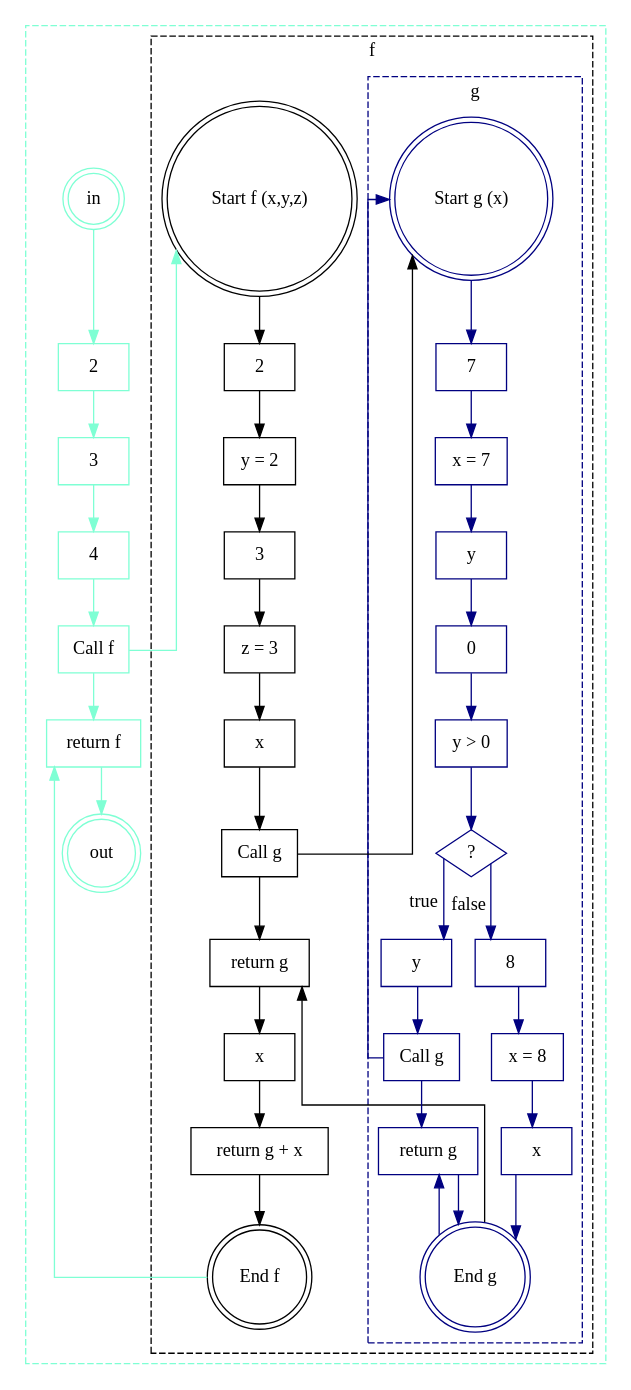
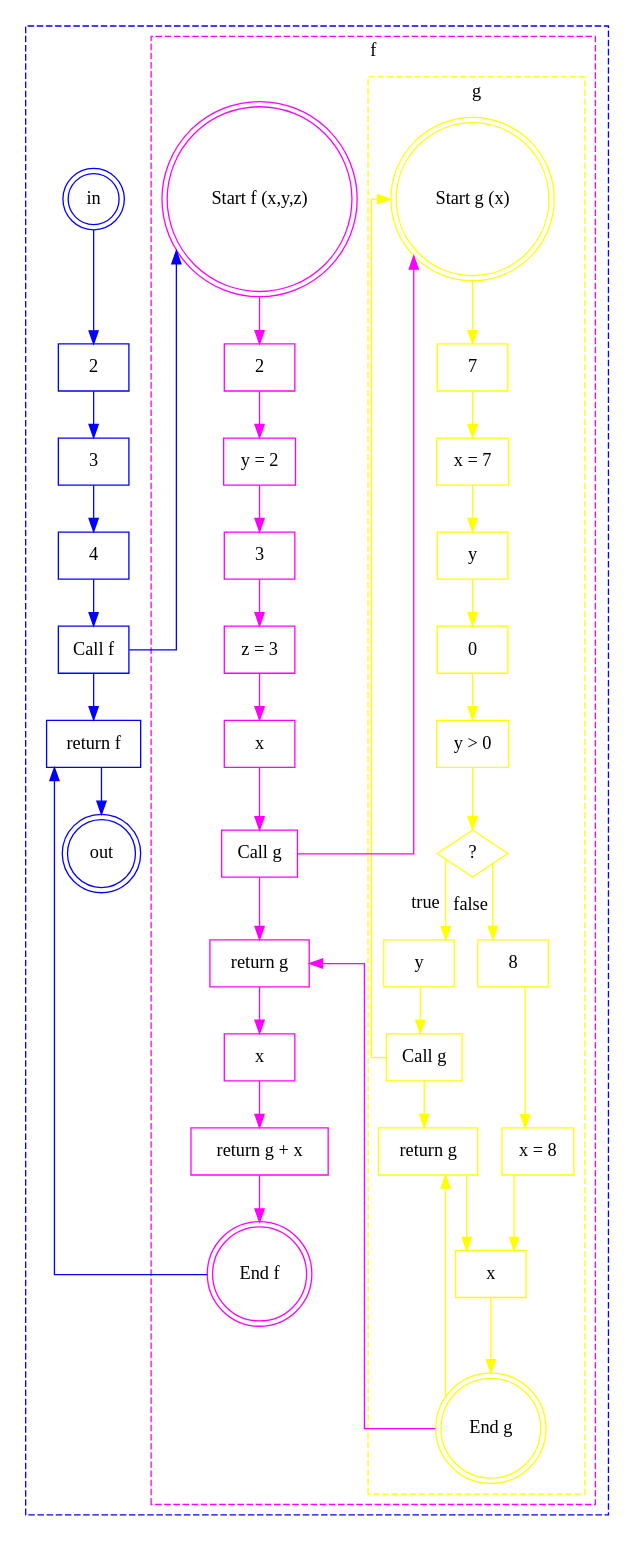
Before and after one commit to Cataract92/TRIPLA: the diagram in res/graph.dot, drawn with Graphviz. The commit also changed 2 other files, not shown here.

```diff
--- a/res/graph.dot
+++ b/res/graph.dot
@@ -1,86 +1,86 @@
 digraph G {
   splines=ortho;
   subgraph cluster_ {
     label="";
-     style="dashed"    color="aquamarine";
+     style="dashed"    color="blue";
   subgraph cluster_f {
     label="f";
-     style="dashed"    color="darkgoldenrot";
+     style="dashed"    color="fuchsia";
   subgraph cluster_g {
     label="g";
-     style="dashed"    color="navy";
-1 [label = "Start g (x)", shape = "doublecircle", style = "", color="navy"];
-2 [label = "End g", shape = "doublecircle", style = "", color="navy"];
-3 [label = "7", shape = "rectangle", style = "", color="navy"];
-4 [label = "x = 7", shape = "rectangle", style = "", color="navy"];
-5 [label = "y", shape = "rectangle", style = "", color="navy"];
-6 [label = "0", shape = "rectangle", style = "", color="navy"];
-7 [label = "y > 0", shape = "rectangle", style = "", color="navy"];
-8 [label = "?", shape = "diamond", style = "", color="navy"];
-9 [label = "y", shape = "rectangle", style = "", color="navy"];
-10 [label = "Call g", shape = "rectangle", style = "", color="navy"];
-11 [label = "return g", shape = "rectangle", style = "", color="navy"];
-12 [label = "8", shape = "rectangle", style = "", color="navy"];
-13 [label = "x = 8", shape = "rectangle", style = "", color="navy"];
-14 [label = "x", shape = "rectangle", style = "", color="navy"];
-  1 -> 3 [xlabel = "", constraint = "true", color="navy"]
-  3 -> 4 [xlabel = "", constraint = "true", color="navy"]
-  4 -> 5 [xlabel = "", constraint = "true", color="navy"]
-  5 -> 6 [xlabel = "", constraint = "true", color="navy"]
-  6 -> 7 [xlabel = "", constraint = "true", color="navy"]
-  7 -> 8 [xlabel = "", constraint = "true", color="navy"]
-  8 -> 9 [xlabel = "true", constraint = "true", color="navy"]
-  9 -> 10 [xlabel = "", constraint = "true", color="navy"]
-  10 -> 11 [xlabel = "", constraint = "true", color="navy"]
-  10 -> 1 [xlabel = "", constraint = "false", color="navy"]
-  2 -> 11 [xlabel = "", constraint = "false", color="navy"]
-  8 -> 12 [xlabel = "false", constraint = "true", color="navy"]
-  12 -> 13 [xlabel = "", constraint = "true", color="navy"]
-  13 -> 14 [xlabel = "", constraint = "true", color="navy"]
-  11 -> 2 [xlabel = "", constraint = "true", color="navy"]
-  14 -> 2 [xlabel = "", constraint = "true", color="navy"]
+     style="dashed"    color="yellow";
+1 [label = "Start g (x)", shape = "doublecircle", style = "", color="yellow"];
+2 [label = "End g", shape = "doublecircle", style = "", color="yellow"];
+3 [label = "7", shape = "rectangle", style = "", color="yellow"];
+4 [label = "x = 7", shape = "rectangle", style = "", color="yellow"];
+5 [label = "y", shape = "rectangle", style = "", color="yellow"];
+6 [label = "0", shape = "rectangle", style = "", color="yellow"];
+7 [label = "y > 0", shape = "rectangle", style = "", color="yellow"];
+8 [label = "?", shape = "diamond", style = "", color="yellow"];
+9 [label = "y", shape = "rectangle", style = "", color="yellow"];
+10 [label = "Call g", shape = "rectangle", style = "", color="yellow"];
+11 [label = "return g", shape = "rectangle", style = "", color="yellow"];
+12 [label = "8", shape = "rectangle", style = "", color="yellow"];
+13 [label = "x = 8", shape = "rectangle", style = "", color="yellow"];
+14 [label = "x", shape = "rectangle", style = "", color="yellow"];
+  1 -> 3 [xlabel = "", constraint = "true", color="yellow"]
+  3 -> 4 [xlabel = "", constraint = "true", color="yellow"]
+  4 -> 5 [xlabel = "", constraint = "true", color="yellow"]
+  5 -> 6 [xlabel = "", constraint = "true", color="yellow"]
+  6 -> 7 [xlabel = "", constraint = "true", color="yellow"]
+  7 -> 8 [xlabel = "", constraint = "true", color="yellow"]
+  8 -> 9 [xlabel = "true", constraint = "true", color="yellow"]
+  9 -> 10 [xlabel = "", constraint = "true", color="yellow"]
+  10 -> 11 [xlabel = "", constraint = "true", color="yellow"]
+  10 -> 1 [xlabel = "", constraint = "false", color="yellow"]
+  2 -> 11 [xlabel = "", constraint = "false", color="yellow"]
+  8 -> 12 [xlabel = "false", constraint = "true", color="yellow"]
+  12 -> 13 [xlabel = "", constraint = "true", color="yellow"]
+  14 -> 2 [xlabel = "", constraint = "true", color="yellow"]
+  11 -> 14 [xlabel = "", constraint = "true", color="yellow"]
+  13 -> 14 [xlabel = "", constraint = "true", color="yellow"]
 
 }
-15 [label = "Start f (x,y,z)", shape = "doublecircle", style = "", color="darkgoldenrot"];
-16 [label = "End f", shape = "doublecircle", style = "", color="darkgoldenrot"];
-17 [label = "2", shape = "rectangle", style = "", color="darkgoldenrot"];
-18 [label = "y = 2", shape = "rectangle", style = "", color="darkgoldenrot"];
-19 [label = "3", shape = "rectangle", style = "", color="darkgoldenrot"];
-20 [label = "z = 3", shape = "rectangle", style = "", color="darkgoldenrot"];
-21 [label = "x", shape = "rectangle", style = "", color="darkgoldenrot"];
-22 [label = "Call g", shape = "rectangle", style = "", color="darkgoldenrot"];
-23 [label = "return g", shape = "rectangle", style = "", color="darkgoldenrot"];
-24 [label = "x", shape = "rectangle", style = "", color="darkgoldenrot"];
-25 [label = "return g + x", shape = "rectangle", style = "", color="darkgoldenrot"];
-  15 -> 17 [xlabel = "", constraint = "true", color="darkgoldenrot"]
-  17 -> 18 [xlabel = "", constraint = "true", color="darkgoldenrot"]
-  18 -> 19 [xlabel = "", constraint = "true", color="darkgoldenrot"]
-  19 -> 20 [xlabel = "", constraint = "true", color="darkgoldenrot"]
-  20 -> 21 [xlabel = "", constraint = "true", color="darkgoldenrot"]
-  21 -> 22 [xlabel = "", constraint = "true", color="darkgoldenrot"]
-  22 -> 23 [xlabel = "", constraint = "true", color="darkgoldenrot"]
-  22 -> 1 [xlabel = "", constraint = "false", color="darkgoldenrot"]
-  2 -> 23 [xlabel = "", constraint = "false", color="darkgoldenrot"]
-  23 -> 24 [xlabel = "", constraint = "true", color="darkgoldenrot"]
-  24 -> 25 [xlabel = "", constraint = "true", color="darkgoldenrot"]
-  25 -> 16 [xlabel = "", constraint = "true", color="darkgoldenrot"]
+15 [label = "Start f (x,y,z)", shape = "doublecircle", style = "", color="fuchsia"];
+16 [label = "End f", shape = "doublecircle", style = "", color="fuchsia"];
+17 [label = "2", shape = "rectangle", style = "", color="fuchsia"];
+18 [label = "y = 2", shape = "rectangle", style = "", color="fuchsia"];
+19 [label = "3", shape = "rectangle", style = "", color="fuchsia"];
+20 [label = "z = 3", shape = "rectangle", style = "", color="fuchsia"];
+21 [label = "x", shape = "rectangle", style = "", color="fuchsia"];
+22 [label = "Call g", shape = "rectangle", style = "", color="fuchsia"];
+23 [label = "return g", shape = "rectangle", style = "", color="fuchsia"];
+24 [label = "x", shape = "rectangle", style = "", color="fuchsia"];
+25 [label = "return g + x", shape = "rectangle", style = "", color="fuchsia"];
+  15 -> 17 [xlabel = "", constraint = "true", color="fuchsia"]
+  17 -> 18 [xlabel = "", constraint = "true", color="fuchsia"]
+  18 -> 19 [xlabel = "", constraint = "true", color="fuchsia"]
+  19 -> 20 [xlabel = "", constraint = "true", color="fuchsia"]
+  20 -> 21 [xlabel = "", constraint = "true", color="fuchsia"]
+  21 -> 22 [xlabel = "", constraint = "true", color="fuchsia"]
+  22 -> 23 [xlabel = "", constraint = "true", color="fuchsia"]
+  22 -> 1 [xlabel = "", constraint = "false", color="fuchsia"]
+  2 -> 23 [xlabel = "", constraint = "false", color="fuchsia"]
+  23 -> 24 [xlabel = "", constraint = "true", color="fuchsia"]
+  24 -> 25 [xlabel = "", constraint = "true", color="fuchsia"]
+  25 -> 16 [xlabel = "", constraint = "true", color="fuchsia"]
 
 }
-26 [label = "in", shape = "doublecircle", style = "", color="aquamarine"];
-27 [label = "out", shape = "doublecircle", style = "", color="aquamarine"];
-28 [label = "2", shape = "rectangle", style = "", color="aquamarine"];
-29 [label = "3", shape = "rectangle", style = "", color="aquamarine"];
-30 [label = "4", shape = "rectangle", style = "", color="aquamarine"];
-31 [label = "Call f", shape = "rectangle", style = "", color="aquamarine"];
-32 [label = "return f", shape = "rectangle", style = "", color="aquamarine"];
-  26 -> 28 [xlabel = "", constraint = "true", color="aquamarine"]
-  28 -> 29 [xlabel = "", constraint = "true", color="aquamarine"]
-  29 -> 30 [xlabel = "", constraint = "true", color="aquamarine"]
-  30 -> 31 [xlabel = "", constraint = "true", color="aquamarine"]
-  31 -> 32 [xlabel = "", constraint = "true", color="aquamarine"]
-  31 -> 15 [xlabel = "", constraint = "false", color="aquamarine"]
-  16 -> 32 [xlabel = "", constraint = "false", color="aquamarine"]
-  32 -> 27 [xlabel = "", constraint = "true", color="aquamarine"]
+26 [label = "in", shape = "doublecircle", style = "", color="blue"];
+27 [label = "out", shape = "doublecircle", style = "", color="blue"];
+28 [label = "2", shape = "rectangle", style = "", color="blue"];
+29 [label = "3", shape = "rectangle", style = "", color="blue"];
+30 [label = "4", shape = "rectangle", style = "", color="blue"];
+31 [label = "Call f", shape = "rectangle", style = "", color="blue"];
+32 [label = "return f", shape = "rectangle", style = "", color="blue"];
+  26 -> 28 [xlabel = "", constraint = "true", color="blue"]
+  28 -> 29 [xlabel = "", constraint = "true", color="blue"]
+  29 -> 30 [xlabel = "", constraint = "true", color="blue"]
+  30 -> 31 [xlabel = "", constraint = "true", color="blue"]
+  31 -> 32 [xlabel = "", constraint = "true", color="blue"]
+  31 -> 15 [xlabel = "", constraint = "false", color="blue"]
+  16 -> 32 [xlabel = "", constraint = "false", color="blue"]
+  32 -> 27 [xlabel = "", constraint = "true", color="blue"]
 
 }
 }
```
